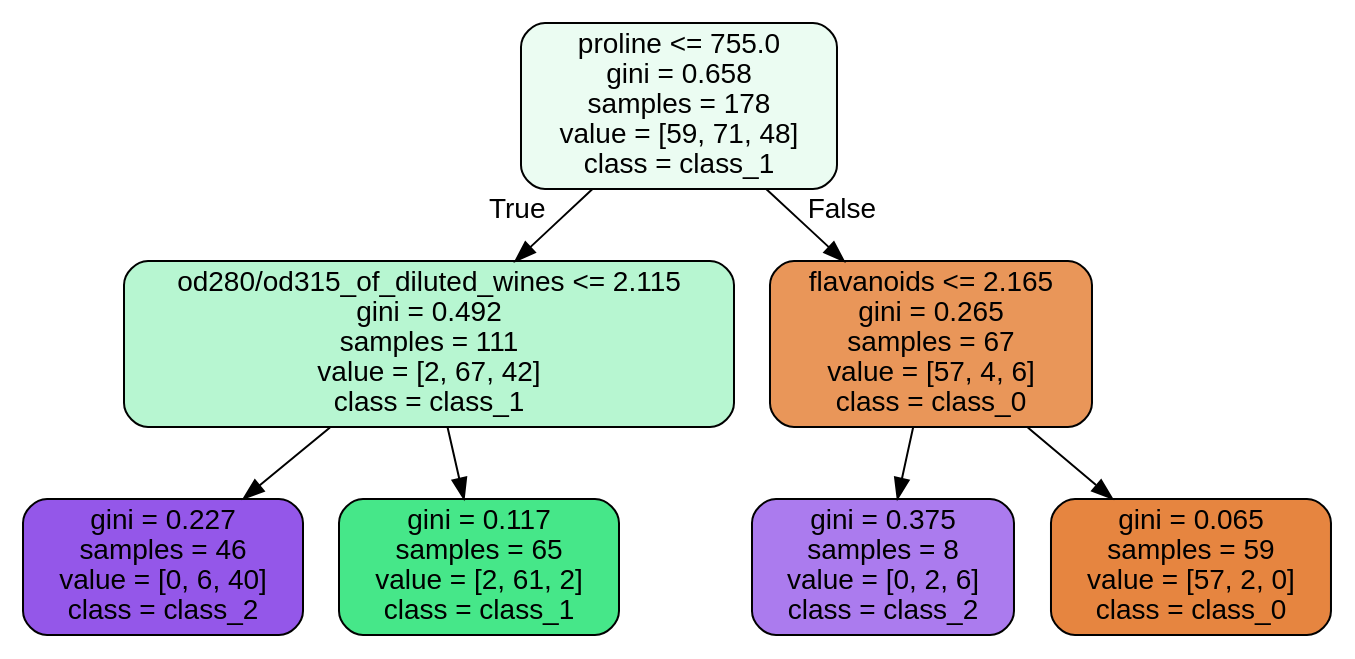
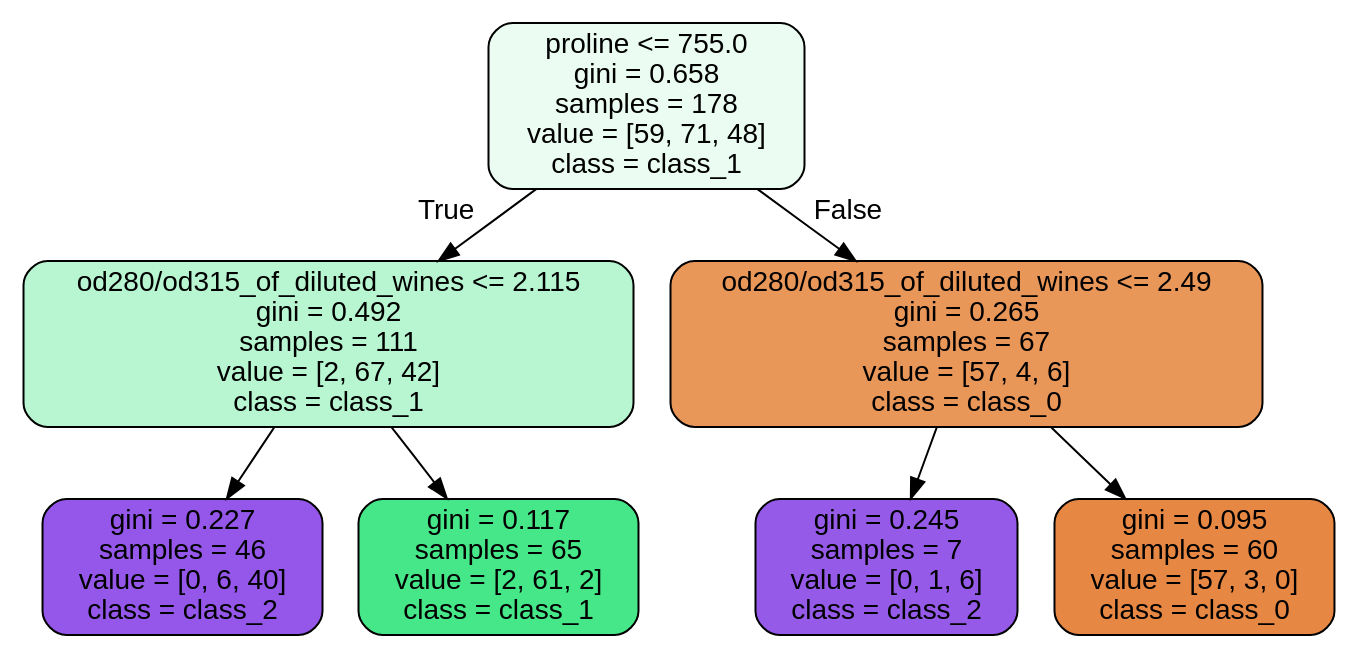
Before and after one commit to Megarekrut65/Intelligent-Systems-Models: the diagram in Labs/Lab7/images/decision_trees/wine_tree.dot, drawn with Graphviz. The commit also changed 3 other files, not shown here.

Commit message:
Added graphs to lab7

```diff
--- a/Labs/Lab7/images/decision_trees/wine_tree.dot
+++ b/Labs/Lab7/images/decision_trees/wine_tree.dot
@@ -1,17 +1,17 @@
 digraph Tree {
 node [shape=box, style="filled, rounded", color="black", fontname="helvetica"] ;
 edge [fontname="helvetica"] ;
 0 [label="proline <= 755.0\ngini = 0.658\nsamples = 178\nvalue = [59, 71, 48]\nclass = class_1", fillcolor="#ebfcf2"] ;
 1 [label="od280/od315_of_diluted_wines <= 2.115\ngini = 0.492\nsamples = 111\nvalue = [2, 67, 42]\nclass = class_1", fillcolor="#b7f6d1"] ;
 0 -> 1 [labeldistance=2.5, labelangle=45, headlabel="True"] ;
 2 [label="gini = 0.227\nsamples = 46\nvalue = [0, 6, 40]\nclass = class_2", fillcolor="#9457e9"] ;
 1 -> 2 ;
 3 [label="gini = 0.117\nsamples = 65\nvalue = [2, 61, 2]\nclass = class_1", fillcolor="#46e789"] ;
 1 -> 3 ;
-4 [label="flavanoids <= 2.165\ngini = 0.265\nsamples = 67\nvalue = [57, 4, 6]\nclass = class_0", fillcolor="#e99659"] ;
+4 [label="od280/od315_of_diluted_wines <= 2.49\ngini = 0.265\nsamples = 67\nvalue = [57, 4, 6]\nclass = class_0", fillcolor="#e99659"] ;
 0 -> 4 [labeldistance=2.5, labelangle=-45, headlabel="False"] ;
-5 [label="gini = 0.375\nsamples = 8\nvalue = [0, 2, 6]\nclass = class_2", fillcolor="#ab7bee"] ;
+5 [label="gini = 0.245\nsamples = 7\nvalue = [0, 1, 6]\nclass = class_2", fillcolor="#965ae9"] ;
 4 -> 5 ;
-6 [label="gini = 0.065\nsamples = 59\nvalue = [57, 2, 0]\nclass = class_0", fillcolor="#e68540"] ;
+6 [label="gini = 0.095\nsamples = 60\nvalue = [57, 3, 0]\nclass = class_0", fillcolor="#e68843"] ;
 4 -> 6 ;
 }
```
